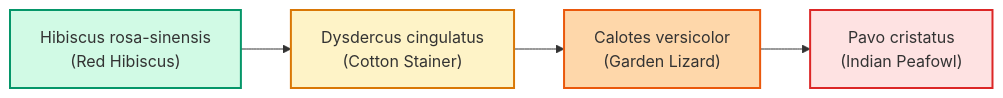
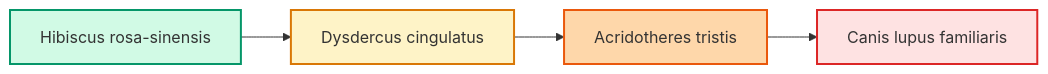
The diagram in Ecological-Analysis/README.md (AryanTechie-007/Campus-Biodiversity), drawn with Mermaid before and after one commit. The commit also changed other lines of this file and 46 other files, not shown here.

````diff
--- a/Ecological-Analysis/README.md
+++ b/Ecological-Analysis/README.md
@@ -43,11 +48,11 @@
 ```mermaid
 graph LR
-    A["Hibiscus rosa-sinensis<br/>(Red Hibiscus)"] --> B["Dysdercus cingulatus<br/>(Cotton Stainer)"]
-    B --> C["Calotes versicolor<br/>(Garden Lizard)"]
-    C --> D["Pavo cristatus<br/>(Indian Peafowl)"]
+    A["Hibiscus rosa-sinensis"] --> B["Dysdercus cingulatus"]
+    B --> C["Acridotheres tristis"]
+    C --> D["Canis lupus familiaris"]
     
     style A fill:#d1fae5,stroke:#059669,stroke-width:2px;
     style B fill:#fef3c7,stroke:#d97706,stroke-width:2px;
     style C fill:#fed7aa,stroke:#ea580c,stroke-width:2px;
     style D fill:#fee2e2,stroke:#dc2626,stroke-width:2px;
 ```
````
